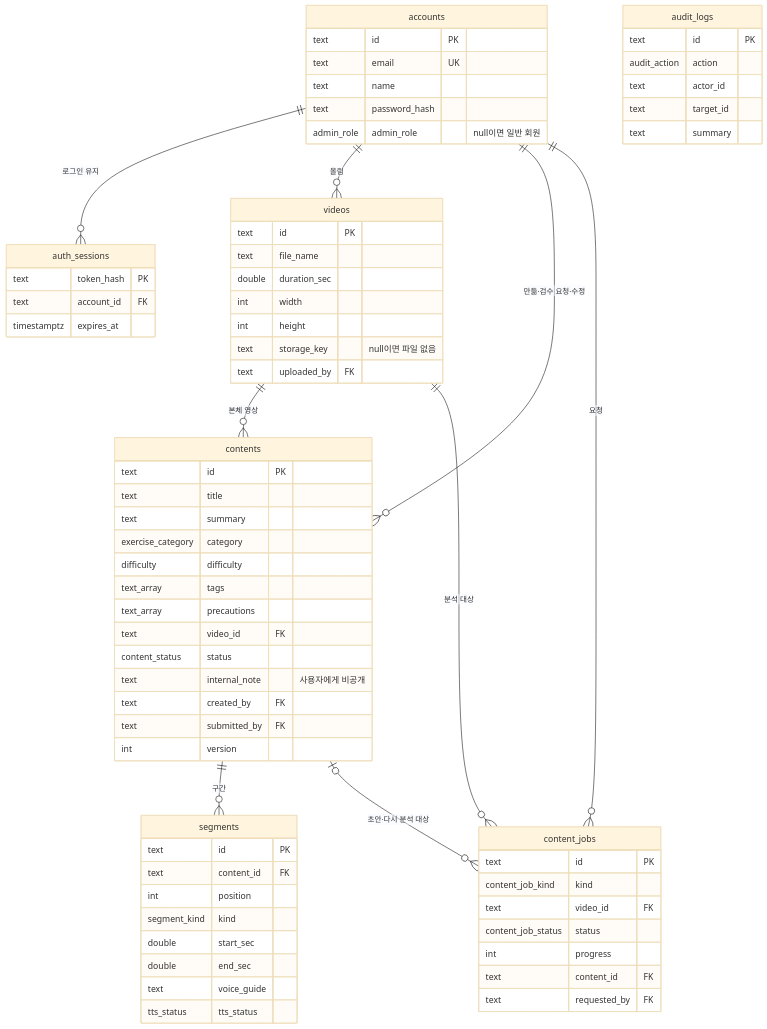
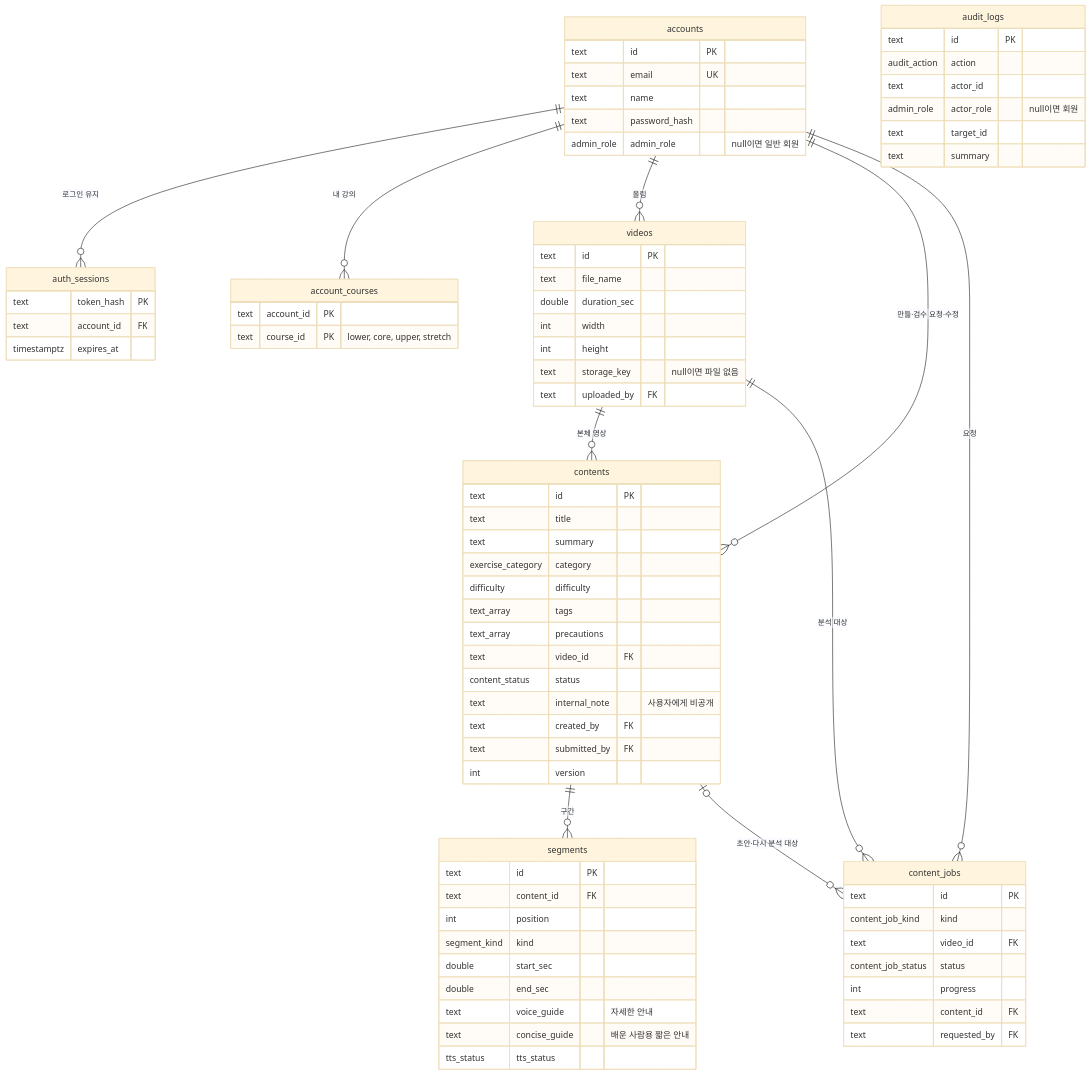
The diagram in docs/database.md (Yconic-3/Yconic), drawn with Mermaid (base theme) before and after one commit. The commit also changed other lines of this file and 6 other files, not shown here.

````diff
--- a/docs/database.md
+++ b/docs/database.md
@@ -11,74 +11,81 @@
 ```mermaid
 erDiagram
     accounts ||--o{ auth_sessions : "로그인 유지"
+    accounts ||--o{ account_courses : "내 강의"
     accounts ||--o{ videos : "올림"
     accounts ||--o{ contents : "만듦·검수 요청·수정"
     accounts ||--o{ content_jobs : "요청"
     videos ||--o{ contents : "본체 영상"
     videos ||--o{ content_jobs : "분석 대상"
     contents ||--o{ segments : "구간"
     contents |o--o{ content_jobs : "초안·다시 분석 대상"
 
     accounts {
         text id PK
         text email UK
         text name
         text password_hash
         admin_role admin_role "null이면 일반 회원"
+    }
+    account_courses {
+        text account_id PK
+        text course_id PK "lower, core, upper, stretch"
     }
     auth_sessions {
         text token_hash PK
         text account_id FK
         timestamptz expires_at
     }
     videos {
         text id PK
         text file_name
         double duration_sec
         int width
         int height
         text storage_key "null이면 파일 없음"
         text uploaded_by FK
     }
     contents {
         text id PK
         text title
         text summary
         exercise_category category
         difficulty difficulty
         text_array tags
         text_array precautions
         text video_id FK
         content_status status
         text internal_note "사용자에게 비공개"
         text created_by FK
         text submitted_by FK
         int version
     }
     segments {
         text id PK
         text content_id FK
         int position
         segment_kind kind
         double start_sec
         double end_sec
-        text voice_guide
+        text voice_guide "자세한 안내"
+        text concise_guide "배운 사람용 짧은 안내"
         tts_status tts_status
     }
     content_jobs {
         text id PK
         content_job_kind kind
         text video_id FK
         content_job_status status
         int progress
         text content_id FK
         text requested_by FK
     }
     audit_logs {
         text id PK
         audit_action action
         text actor_id
+        admin_role actor_role "null이면 회원"
         text target_id
         text summary
     }
 ```
````
